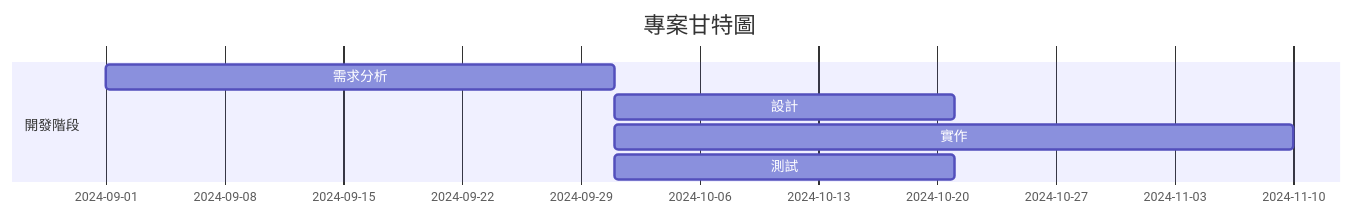
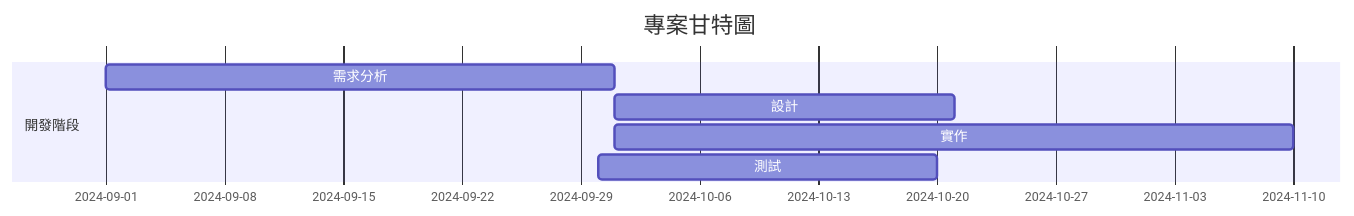
One commit to gino2066/- changed the diagram in README.md. Above: the diagram before and after it, drawn with Mermaid.

````diff
--- a/README.md
+++ b/README.md
@@ -14,12 +14,10 @@
 ```mermaid
-%%{ init : { "themeVariables": { "ganttBarFill": "#ffcc00", "ganttBarFill2": "#ff6600", "ganttBarFill3": "#00cc66", "ganttBarFill4": "#0066cc" } } }%%
 gantt
     title 專案甘特圖
     dateFormat  YYYY-MM-DD
     section 開發階段
     需求分析      :a1, 2024-09-01, 30d
     設計          :after a1  , 20d
     實作          :after a1  , 40d
-    測試          :after a1  , 20d
-
+    測試          :after a2  , 20d
 ```
````
